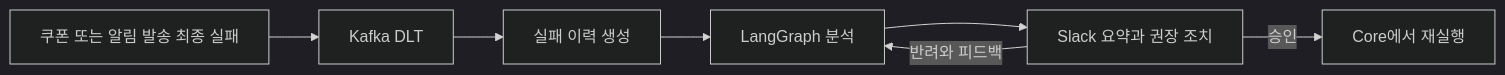
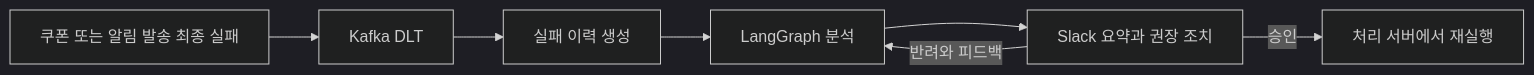
One commit to NileTheKing/marketing-intelligence-platform changed the diagram in README.md. Above: the diagram before and after it, drawn with Mermaid (dark theme). The commit also changed other lines of this file and 1 other file, not shown here.

````diff
--- a/README.md
+++ b/README.md
@@ -120,9 +82,9 @@
 ```mermaid
 flowchart LR
     Failed[쿠폰 또는 알림 발송 최종 실패] --> DLT[Kafka DLT]
     DLT --> Case[실패 이력 생성]
     Case --> Agent[LangGraph 분석]
     Agent --> Message[Slack 요약과 권장 조치]
-    Message -->|승인| Retry[Core에서 재실행]
+    Message -->|승인| Retry[처리 서버에서 재실행]
     Message -->|반려와 피드백| Agent
 ```
````
